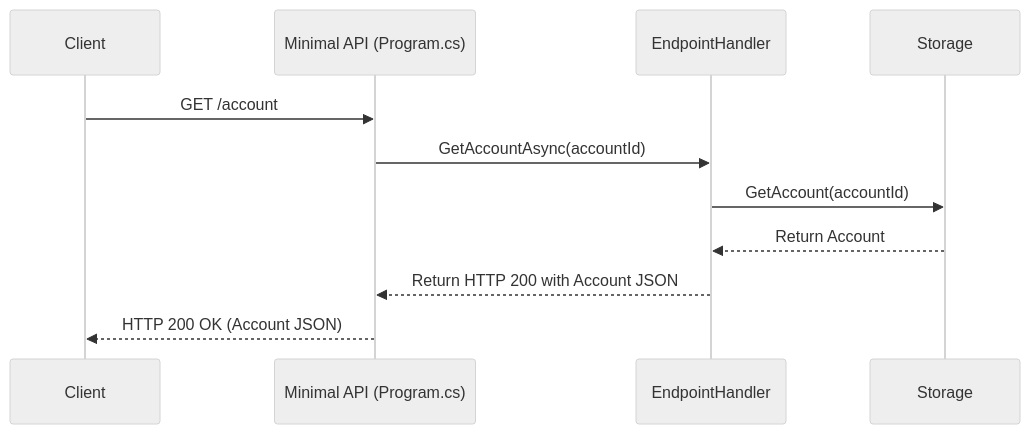
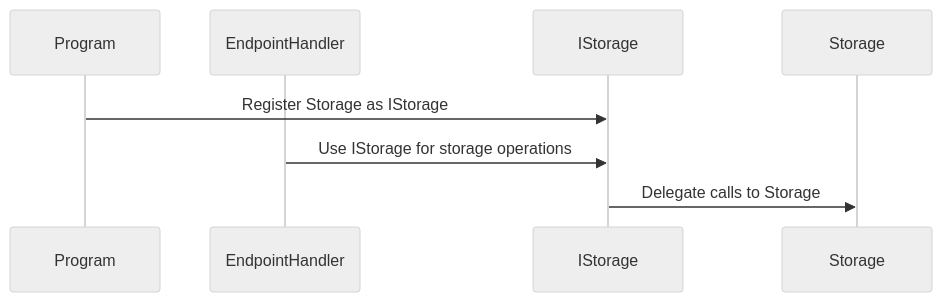
One commit to ColoradoChristianUniversity/CIS-230-SP25-W12 changed the first of 2 diagrams in README.md. Above: the diagram before and after it, drawn with Mermaid (neutral theme). The commit also changed other lines of this file and 17 other files, not shown here.

````diff
--- a/README.md
+++ b/README.md
@@ -103,14 +116,11 @@
 ```mermaid
 sequenceDiagram
-    participant Client
-    participant API as Minimal API (Program.cs)
-    participant Handler as EndpointHandler
-    participant Storage as Storage
+    participant Program
+    participant EndpointHandler
+    participant IStorage
+    participant Storage
 
-    Client->>API: GET /account
-    API->>Handler: GetAccountAsync(accountId)
-    Handler->>Storage: GetAccount(accountId)
-    Storage-->>Handler: Return Account
-    Handler-->>API: Return HTTP 200 with Account JSON
-    API-->>Client: HTTP 200 OK (Account JSON)
+    Program->>IStorage: Register Storage as IStorage
+    EndpointHandler->>IStorage: Use IStorage for storage operations
+    IStorage->>Storage: Delegate calls to Storage
 ```
````
